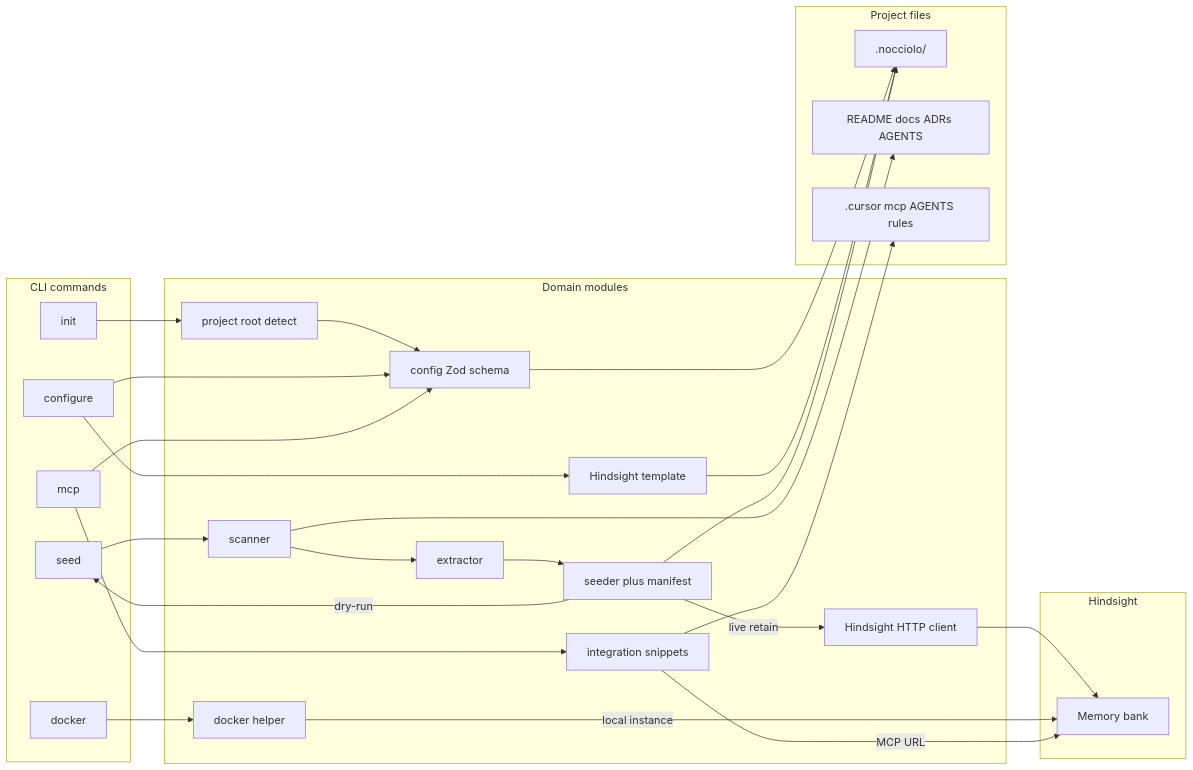
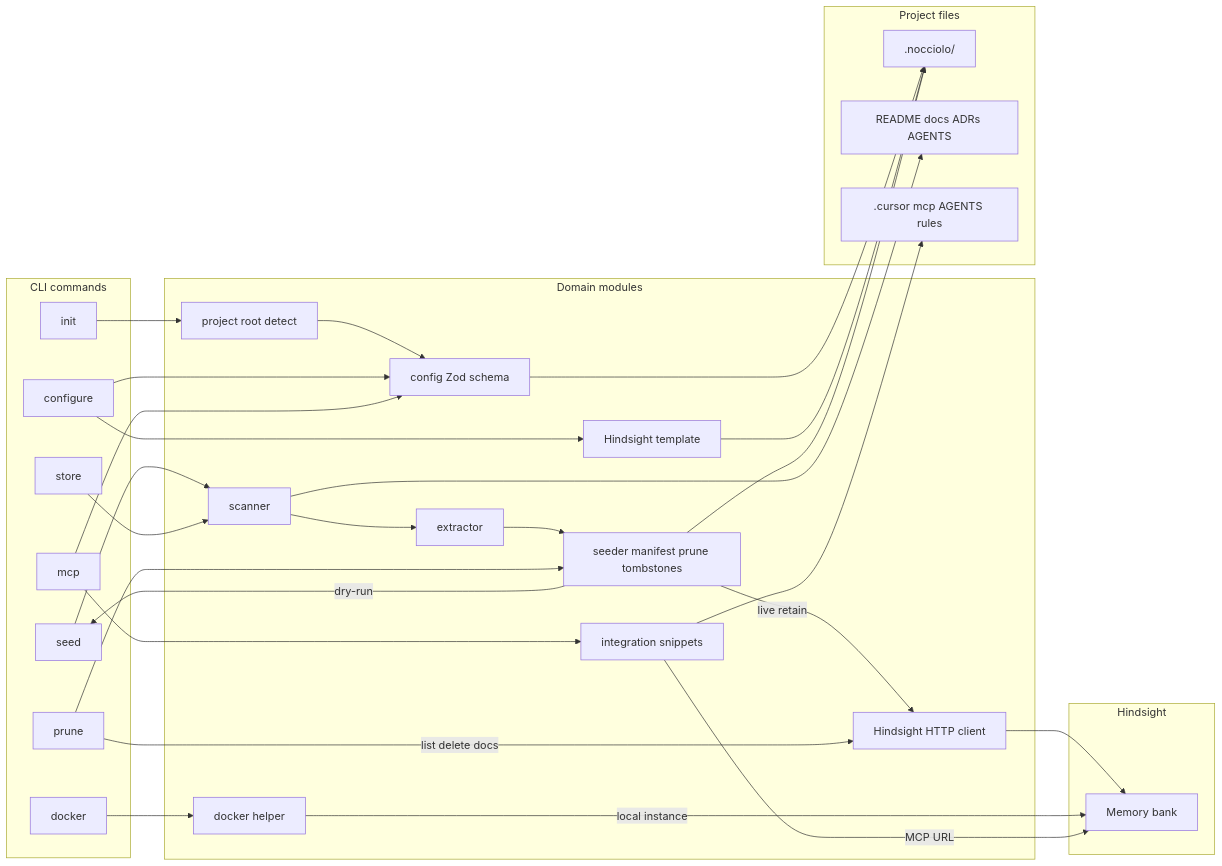
One commit to zanuka/nocciolo changed the first of 2 diagrams in docs/cli-architecture.md. Above: the diagram before and after it, drawn with Mermaid. The commit also changed other lines of this file and 30 other files, not shown here.

````diff
--- a/docs/cli-architecture.md
+++ b/docs/cli-architecture.md
@@ -21,47 +22,52 @@
 ```mermaid
 flowchart LR
   subgraph cli [CLI commands]
     initCmd[init]
     configureCmd[configure]
     seedCmd[seed]
+    storeCmd[store]
+    pruneCmd[prune]
     dockerCmd[docker]
     mcpCmd[mcp]
   end
 
   subgraph core [Domain modules]
     project[project root detect]
     config[config Zod schema]
     scanner[scanner]
     extractor[extractor]
     template[Hindsight template]
-    seeder[seeder plus manifest]
+    seeder[seeder manifest prune tombstones]
     client[Hindsight HTTP client]
     integration[integration snippets]
     dockerHelper[docker helper]
   end
 
   subgraph disk [Project files]
     noccioloDir[".nocciolo/"]
     sources[README docs ADRs AGENTS]
     agentFiles[".cursor mcp AGENTS rules"]
   end
 
   subgraph remote [Hindsight]
     bank[Memory bank]
   end
 
   initCmd --> project --> config --> noccioloDir
   configureCmd --> config
   configureCmd --> template --> noccioloDir
   seedCmd --> scanner --> sources
+  storeCmd --> scanner
   scanner --> extractor
   extractor --> seeder
   seeder -->|dry-run| seedCmd
   seeder -->|live retain| client --> bank
   seeder --> noccioloDir
+  pruneCmd --> seeder
+  pruneCmd -->|list delete docs| client
   dockerCmd --> dockerHelper
   dockerHelper -->|local instance| bank
   mcpCmd --> config
   mcpCmd --> integration --> agentFiles
   integration -->|MCP URL| bank
 ```
````
